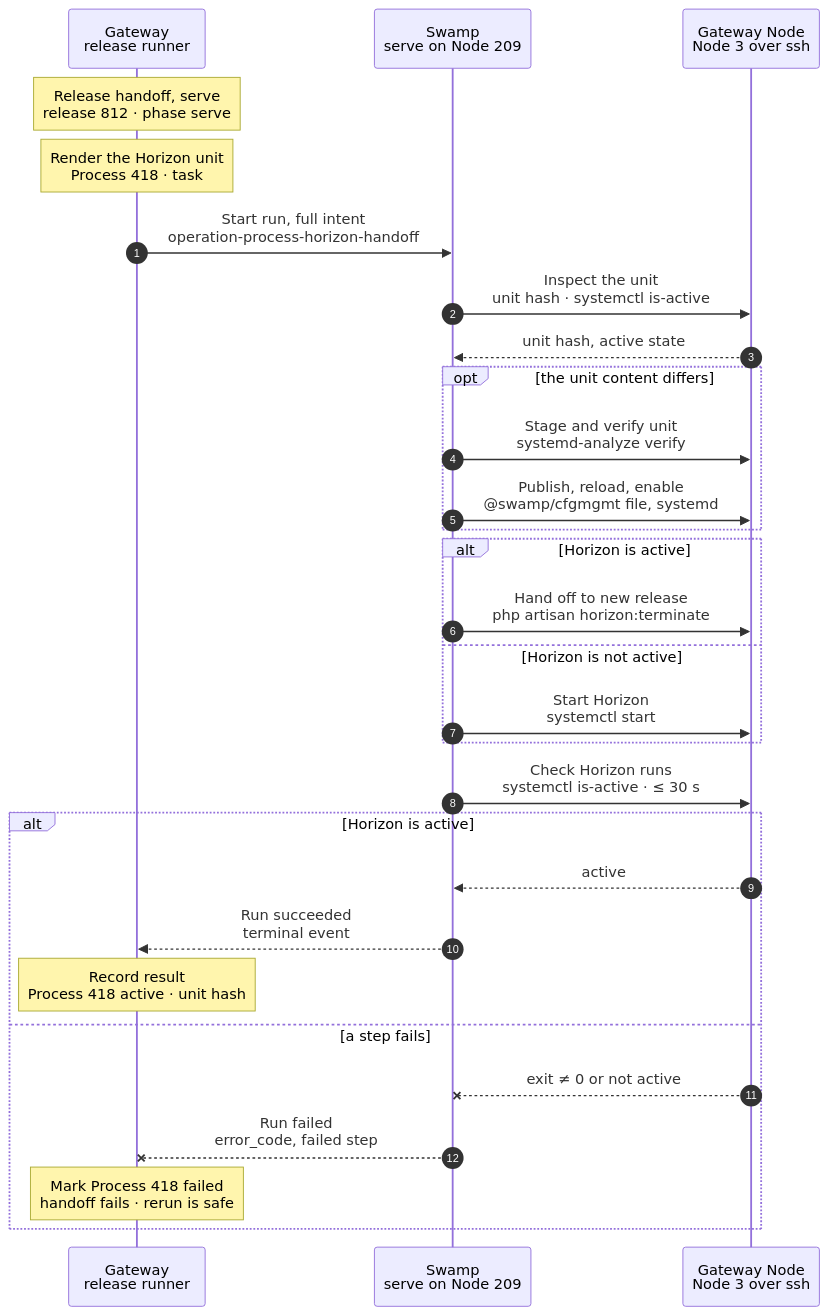
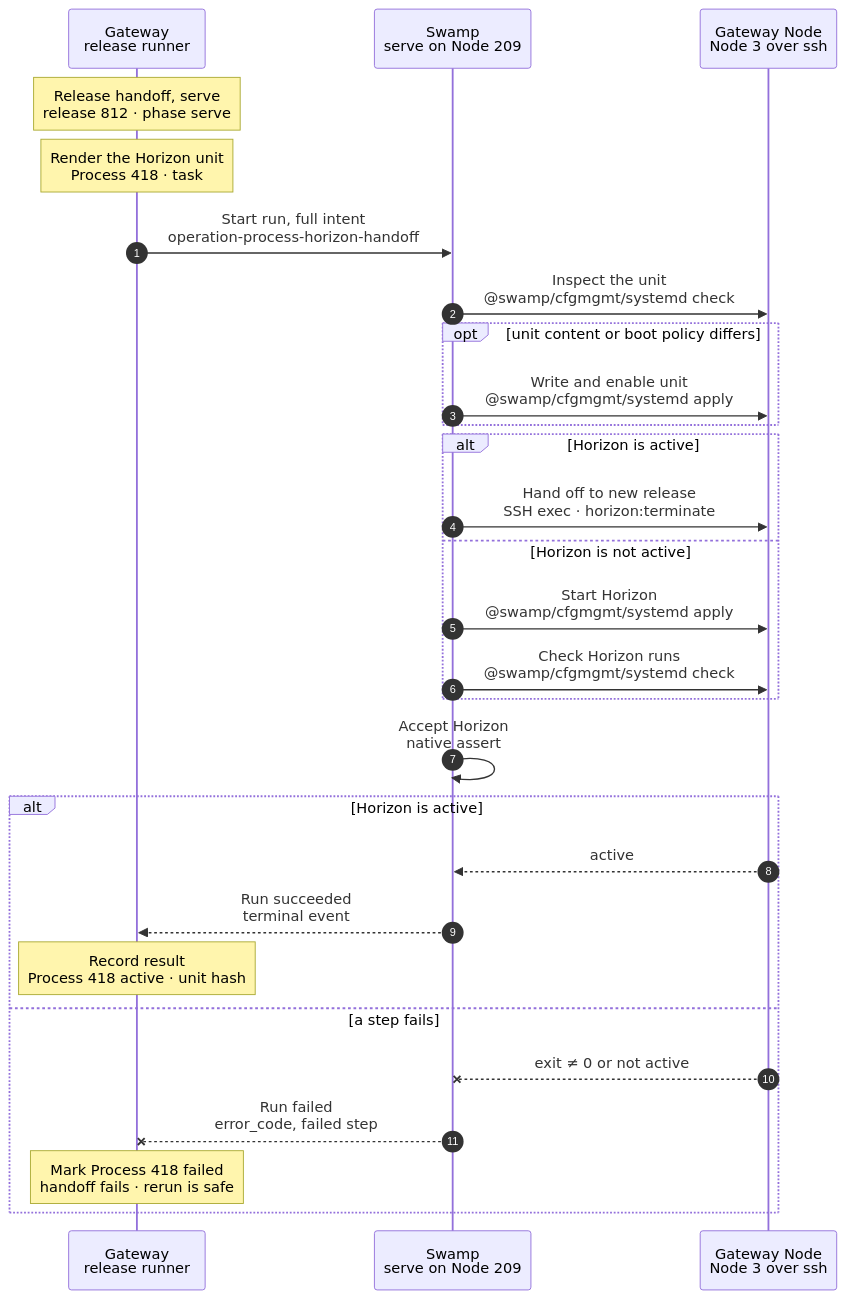
The diagram in docs/flows/process.horizon_handoff.mmd (hardimpactdev/orbit), drawn with Mermaid before and after one commit. The commit also changed 23 other files, not shown here.

Commit message:
refactor(horizon): replace shipped scripts with native systemd handoff

```diff
--- a/docs/flows/process.horizon_handoff.mmd
+++ b/docs/flows/process.horizon_handoff.mmd
@@ -1,109 +1,87 @@
 sequenceDiagram
   %% Target design: ADR 0244 task (automatic, Gateway release serve phase), R1-R4, single-swamp-node, docs/reference/gateway-recovery.md#runtime-handoff; DECISIONS round 2 bug fix (terminate only when active, start only when not active; one test per branch); rule 7 (graceful handoff).
   %% status: draft
   %% command: gateway:release:handoff
   autonumber
   %% lane GW icon=gateway pill=caller tone=blue
   %% lane SW icon=workflow pill=executes tone=green
   %% lane N icon=server pill=target tone=amber
   participant GW as Gateway<br/>release runner
   participant SW as Swamp<br/>serve on Node 209
   participant N as Gateway Node<br/>Node 3 over ssh
   Note over GW: Release handoff, serve<br/>release 812 · phase serve
   %%> Command:
   %%> - `php artisan gateway:release:handoff --phase=serve`
   %%> - syntax: run by the Gateway release runner, not by the `orbit` CLI
   %%> When:
   %%> - in every Gateway release, after the switch to release 812
   %%> - Horizon was drained before the switch, so it is normally not active here
   %%> Who starts it:
   %%> - the release runner on the Gateway Node; no CLI or MCP call
   Note over GW: Render the Horizon unit<br/>Process 418 · task #5153
   %%> Requirements:
   %%> - Process 418 is the `horizon` Process of the Gateway Node, Node 3
   %%> - no other change runs on Process 418; the Gateway holds one lock
   %%> Renders:
   %%> - the systemd unit `orbit-process-418-horizon.service` and its hash
   %%> - command `php artisan horizon`, directory `/home/orbit/orbit/apps/gateway`, user `orbit`
   %%> Result:
   %%> - task #5153 recorded with the full intent; nothing has happened on the Node yet
   GW->>SW: Start run, full intent<br/>operation-process-horizon-handoff
   %%> What it does:
   %%> - starts one run on Swamp serve (Node 209); every step runs there
   %%> Inputs:
   %%> - Node 3's address and SSH host keys; the SSH identity comes from the `swamp` role
   %%> - the unit content, its hash, the command, directory and user
-  SW->>N: Inspect the unit<br/>unit hash · systemctl is-active
-  %%> How:
-  %%> - Swamp reaches Node 3 over `@swamp/ssh` from 209, with `command/shell` steps
+  SW->>N: Inspect the unit<br/>@swamp/cfgmgmt/systemd check
   %%> What it does:
-  %%> - reads the installed unit's hash and whether Horizon is active
-  %%> - changes nothing
-  N-->>SW: unit hash, active state
-  %%> Returns:
-  %%> - `content_matches`: whether the installed unit equals the rendered one
-  %%> - `active`: true or false
-  opt the unit content differs
-    SW->>N: Stage and verify unit<br/>systemd-analyze verify
+  %%> - observes current state and unit-file drift for the rerun guards
+  opt unit content or boot policy differs
+    SW->>N: Write and enable unit<br/>@swamp/cfgmgmt/systemd apply
     %%> What it does:
-    %%> - writes the new unit beside the old one and checks it with `systemd-analyze verify`
-    %%> Why:
-    %%> - a bad unit never replaces a working one
-    SW->>N: Publish, reload, enable<br/>@swamp/cfgmgmt file, systemd
-    %%> What it does:
-    %%> - moves the unit into place, runs `systemctl daemon-reload` and enables it
-    %%> How:
-    %%> - official `@swamp/cfgmgmt` file and systemd behaviors
+    %%> - writes the unit, reloads systemd and enables it without changing running state
   end
   alt Horizon is active
-    SW->>N: Hand off to new release<br/>php artisan horizon:terminate
-    %%> When:
-    %%> - only when `active` is true
+    SW->>N: Hand off to new release<br/>SSH exec · horizon:terminate
     %%> What it does:
-    %%> - asks Horizon to stop after its current jobs
-    %%> - systemd starts it again from the new release
-    %%> Why:
-    %%> - the gentle action: no job is cut off
-    %%> Fix:
-    %%> - this guard was inverted; one test covers this branch
+    %%> - asks Horizon to finish its jobs and exit; systemd brings it back
+    %%> Result:
+    %%> - termination accepted; the handoff does not wait for current jobs to finish
   else Horizon is not active
-    SW->>N: Start Horizon<br/>systemctl start
-    %%> When:
-    %%> - only when `active` is false, the normal case after the drain
+    SW->>N: Start Horizon<br/>@swamp/cfgmgmt/systemd apply
     %%> What it does:
-    %%> - starts the unit from the new release
-    %%> Fix:
-    %%> - this guard was inverted; one test covers this branch
+    %%> - converges the inactive unit to running
+    SW->>N: Check Horizon runs<br/>@swamp/cfgmgmt/systemd check
+    %%> Result:
+    %%> - the newly started unit is active and enabled
   end
-  SW->>N: Check Horizon runs<br/>systemctl is-active · ≤ 30 s
+  SW->>SW: Accept Horizon<br/>native assert
   %%> What it does:
-  %%> - waits up to 30 s until the unit is active from the new release
-  %%> Why:
-  %%> - the handoff only counts when Horizon runs again
+  %%> - accepts graceful termination or the checked started state
   alt Horizon is active
     N-->>SW: active
     %%> Returns:
     %%> - the unit is active
     SW-->>GW: Run succeeded<br/>terminal event
     %%> How the Gateway learns it:
     %%> - its shared run reader sees the terminal event; Swamp never calls the Gateway
     Note over GW: Record result<br/>Process 418 active · unit hash
     %%> Result:
     %%> - Process 418 active, with the stored unit hash
     %%> - task #5153 succeeds; the release handoff goes on
   else a step fails
     N--xSW: exit ≠ 0 or not active
     %%> When:
-    %%> - the unit does not verify, a command fails, or Horizon is not active after 30 s
+    %%> - the systemd action or handoff command fails, or the started Horizon unit is not active
     SW--xGW: Run failed<br/>error_code, failed step
     %%> The Gateway reads:
     %%> - which step failed and its error code
     Note over GW: Mark Process 418 failed<br/>handoff fails · rerun is safe
     %%> Result:
     %%> - Process 418 marked failed; task #5153 fails
     %%> - the release handoff reports the failure; the release failure rules apply
     %%> On the Node:
-    %%> - a published unit stays; the old unit is not restored
+    %%> - a published unit stays; a rerun converges
     %%> Retry:
     %%> - run the handoff again after a fix; an unchanged unit is skipped, and Horizon starts only when it is not active
   end
```
